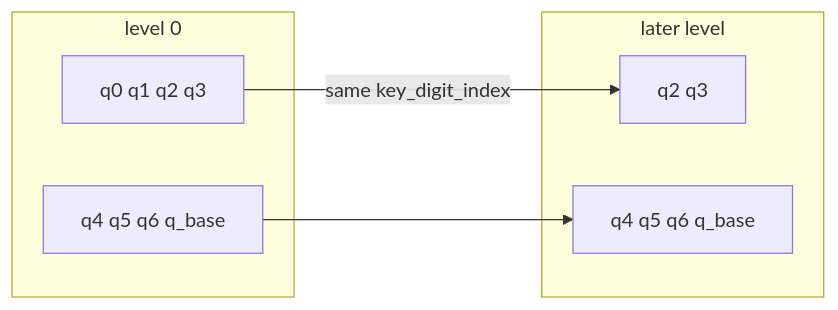
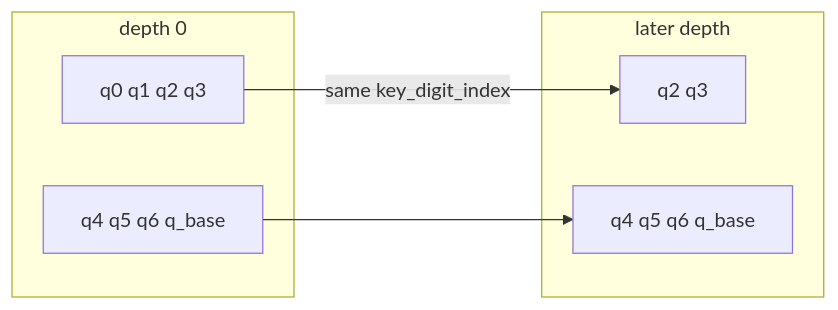
One commit to visualDust/fhelium changed the fifth of 7 diagrams in docs/developer/multiplication-keyswitch-rescale.md. Above: the diagram before and after it, drawn with Mermaid. The commit also changed other lines of this file and 369 other files, not shown here.

````diff
--- a/docs/developer/multiplication-keyswitch-rescale.md
+++ b/docs/developer/multiplication-keyswitch-rescale.md
@@ -135,13 +136,13 @@
 ```mermaid
 graph LR
-    subgraph L0[level 0]
+    subgraph L0[depth 0]
       D0[q0 q1 q2 q3]
       D1[q4 q5 q6 q_base]
     end
-    subgraph L2[later level]
+    subgraph L2[later depth]
       E0[q2 q3]
       E1[q4 q5 q6 q_base]
     end
     D0 -->|same key_digit_index| E0
     D1 --> E1
 ```
````
